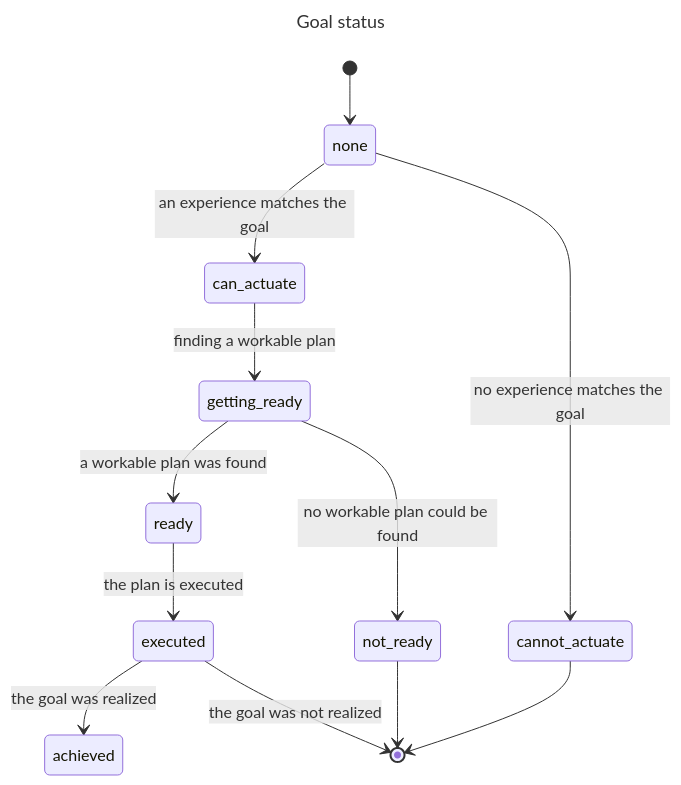
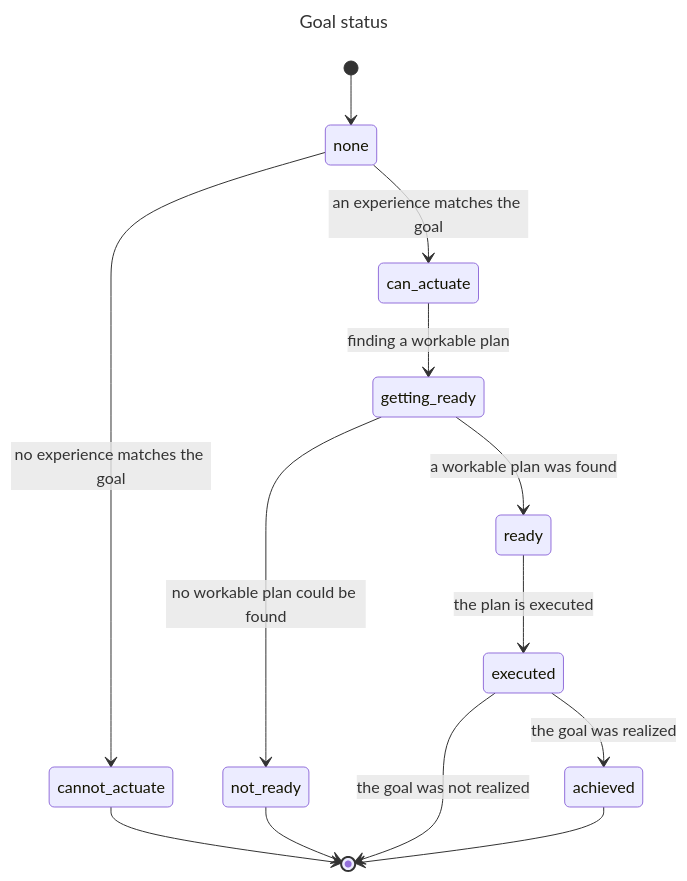
Before and after one commit to jfcloutier/karma_system: the first of 2 diagrams in design_notes/acting.md, drawn with Mermaid. The commit also changed other lines of this file, not shown here.

````diff
--- a/design_notes/acting.md
+++ b/design_notes/acting.md
@@ -85,17 +90,18 @@
 ```mermaid
 ---
 title: Goal status
 ---
 stateDiagram-v2
     [*] --> none
     none --> can_actuate : an experience matches the goal
     none --> cannot_actuate : no experience matches the goal
     cannot_actuate --> [*]
     can_actuate --> getting_ready : finding a workable plan
     getting_ready --> ready : a workable plan was found
     getting_ready --> not_ready : no workable plan could be found
     not_ready --> [*]
     ready --> executed : the plan is executed
     executed --> achieved : the goal was realized
     executed --> [*] : the goal was not realized
+    achieved --> [*]
 ```  
````
